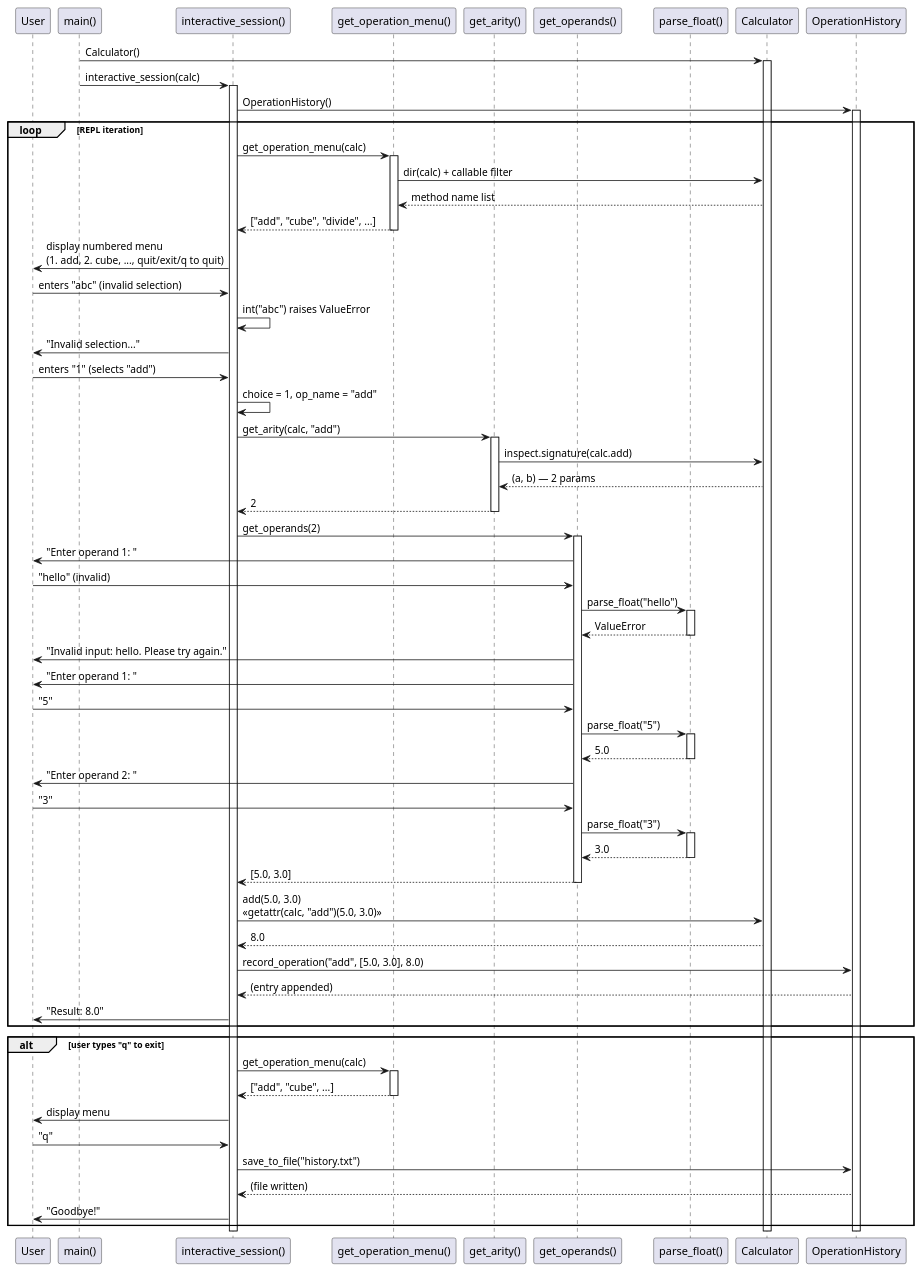
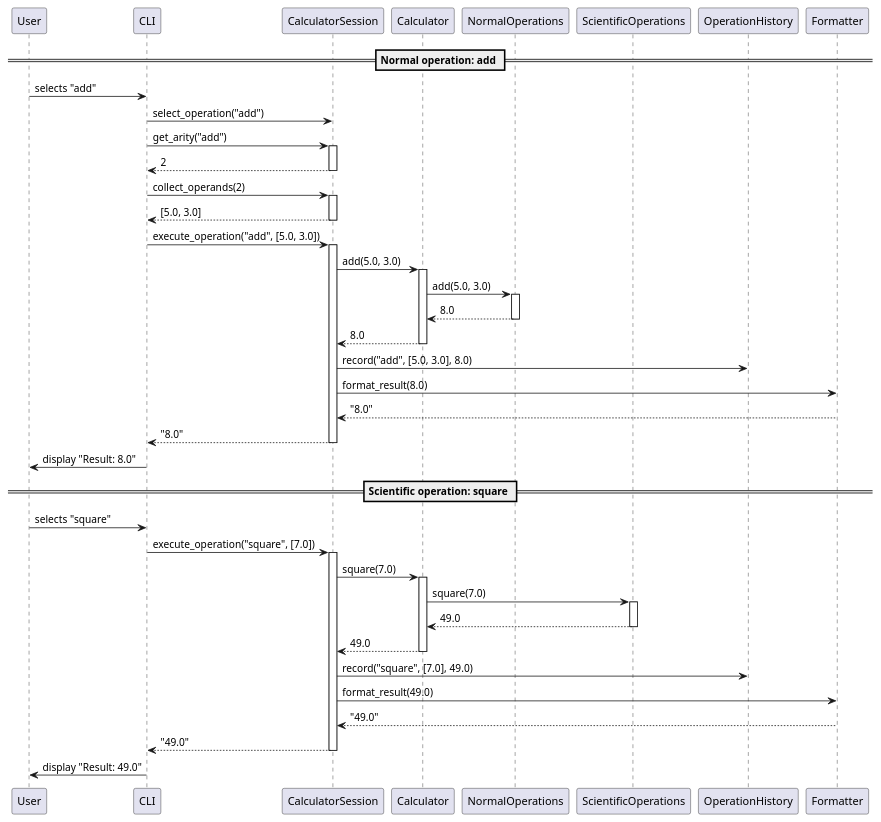
Before and after one commit to DanielRiha8906/Calculator_bachelor_autoevolution_team: the diagram in artifacts/sequence_diagram_operation_execution.puml, drawn with PlantUML. The commit also changed 3 other files, not shown here.

First line of the commit message:
add PlantUML diagrams for expert team refactor

```diff
--- a/artifacts/sequence_diagram_operation_execution.puml
+++ b/artifacts/sequence_diagram_operation_execution.puml
@@ -1,102 +1,69 @@
 @startuml sequence_diagram_operation_execution
 
-participant "User" as User
-participant "main()" as Main
-participant "interactive_session()" as Session
-participant "get_operation_menu()" as GetMenu
-participant "get_arity()" as GetArity
-participant "get_operands()" as GetOperands
-participant "parse_float()" as ParseFloat
-participant "Calculator" as Calc
-participant "OperationHistory" as History
+participant User
+participant CLI
+participant CalculatorSession
+participant Calculator
+participant NormalOperations
+participant ScientificOperations
+participant OperationHistory
+participant Formatter
 
-Main -> Calc : Calculator()
-activate Calc
+== Normal operation: add ==
 
-Main -> Session : interactive_session(calc)
-activate Session
+User -> CLI : selects "add"
+CLI -> CalculatorSession : select_operation("add")
+CLI -> CalculatorSession : get_arity("add")
+activate CalculatorSession
+CalculatorSession --> CLI : 2
+deactivate CalculatorSession
 
-Session -> History : OperationHistory()
-activate History
+CLI -> CalculatorSession : collect_operands(2)
+activate CalculatorSession
+CalculatorSession --> CLI : [5.0, 3.0]
+deactivate CalculatorSession
 
-loop REPL iteration
+CLI -> CalculatorSession : execute_operation("add", [5.0, 3.0])
+activate CalculatorSession
 
-    Session -> GetMenu : get_operation_menu(calc)
-    activate GetMenu
-    GetMenu -> Calc : dir(calc) + callable filter
-    Calc --> GetMenu : method name list
-    GetMenu --> Session : ["add", "cube", "divide", ...]
-    deactivate GetMenu
+CalculatorSession -> Calculator : add(5.0, 3.0)
+activate Calculator
+Calculator -> NormalOperations : add(5.0, 3.0)
+activate NormalOperations
+NormalOperations --> Calculator : 8.0
+deactivate NormalOperations
+Calculator --> CalculatorSession : 8.0
+deactivate Calculator
 
-    Session -> User : display numbered menu\n(1. add, 2. cube, ..., quit/exit/q to quit)
+CalculatorSession -> OperationHistory : record("add", [5.0, 3.0], 8.0)
+CalculatorSession -> Formatter : format_result(8.0)
+Formatter --> CalculatorSession : "8.0"
+CalculatorSession --> CLI : "8.0"
+deactivate CalculatorSession
 
-    User -> Session : enters "abc" (invalid selection)
-    Session -> Session : int("abc") raises ValueError
-    Session -> User : "Invalid selection..."
+CLI -> User : display "Result: 8.0"
 
-    User -> Session : enters "1" (selects "add")
-    Session -> Session : choice = 1, op_name = "add"
+== Scientific operation: square ==
 
-    Session -> GetArity : get_arity(calc, "add")
-    activate GetArity
-    GetArity -> Calc : inspect.signature(calc.add)
-    Calc --> GetArity : (a, b) — 2 params
-    GetArity --> Session : 2
-    deactivate GetArity
+User -> CLI : selects "square"
+CLI -> CalculatorSession : execute_operation("square", [7.0])
+activate CalculatorSession
 
-    Session -> GetOperands : get_operands(2)
-    activate GetOperands
+CalculatorSession -> Calculator : square(7.0)
+activate Calculator
+Calculator -> ScientificOperations : square(7.0)
+activate ScientificOperations
+ScientificOperations --> Calculator : 49.0
+deactivate ScientificOperations
+Calculator --> CalculatorSession : 49.0
+deactivate Calculator
 
-    GetOperands -> User : "Enter operand 1: "
-    User -> GetOperands : "hello" (invalid)
-    GetOperands -> ParseFloat : parse_float("hello")
-    activate ParseFloat
-    ParseFloat --> GetOperands : ValueError
-    deactivate ParseFloat
-    GetOperands -> User : "Invalid input: hello. Please try again."
+CalculatorSession -> OperationHistory : record("square", [7.0], 49.0)
+CalculatorSession -> Formatter : format_result(49.0)
+Formatter --> CalculatorSession : "49.0"
+CalculatorSession --> CLI : "49.0"
+deactivate CalculatorSession
 
-    GetOperands -> User : "Enter operand 1: "
-    User -> GetOperands : "5"
-    GetOperands -> ParseFloat : parse_float("5")
-    activate ParseFloat
-    ParseFloat --> GetOperands : 5.0
-    deactivate ParseFloat
-
-    GetOperands -> User : "Enter operand 2: "
-    User -> GetOperands : "3"
-    GetOperands -> ParseFloat : parse_float("3")
-    activate ParseFloat
-    ParseFloat --> GetOperands : 3.0
-    deactivate ParseFloat
-
-    GetOperands --> Session : [5.0, 3.0]
-    deactivate GetOperands
-
-    Session -> Calc : add(5.0, 3.0)\n<<getattr(calc, "add")(5.0, 3.0)>>
-    Calc --> Session : 8.0
-    Session -> History : record_operation("add", [5.0, 3.0], 8.0)
-    History --> Session : (entry appended)
-    Session -> User : "Result: 8.0"
-
-end
-
-alt user types "q" to exit
-
-    Session -> GetMenu : get_operation_menu(calc)
-    activate GetMenu
-    GetMenu --> Session : ["add", "cube", ...]
-    deactivate GetMenu
-
-    Session -> User : display menu
-    User -> Session : "q"
-    Session -> History : save_to_file("history.txt")
-    History --> Session : (file written)
-    Session -> User : "Goodbye!"
-
-end
-
-deactivate History
-deactivate Session
-deactivate Calc
+CLI -> User : display "Result: 49.0"
 
 @enduml
```
